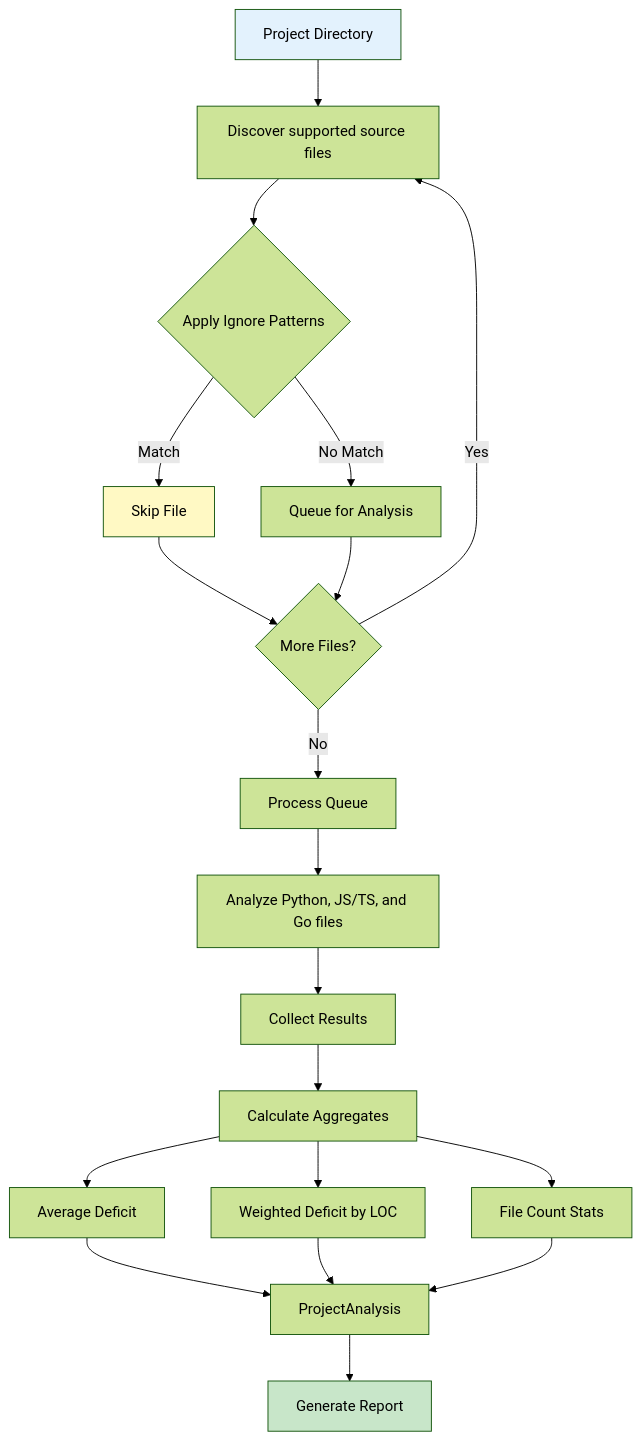
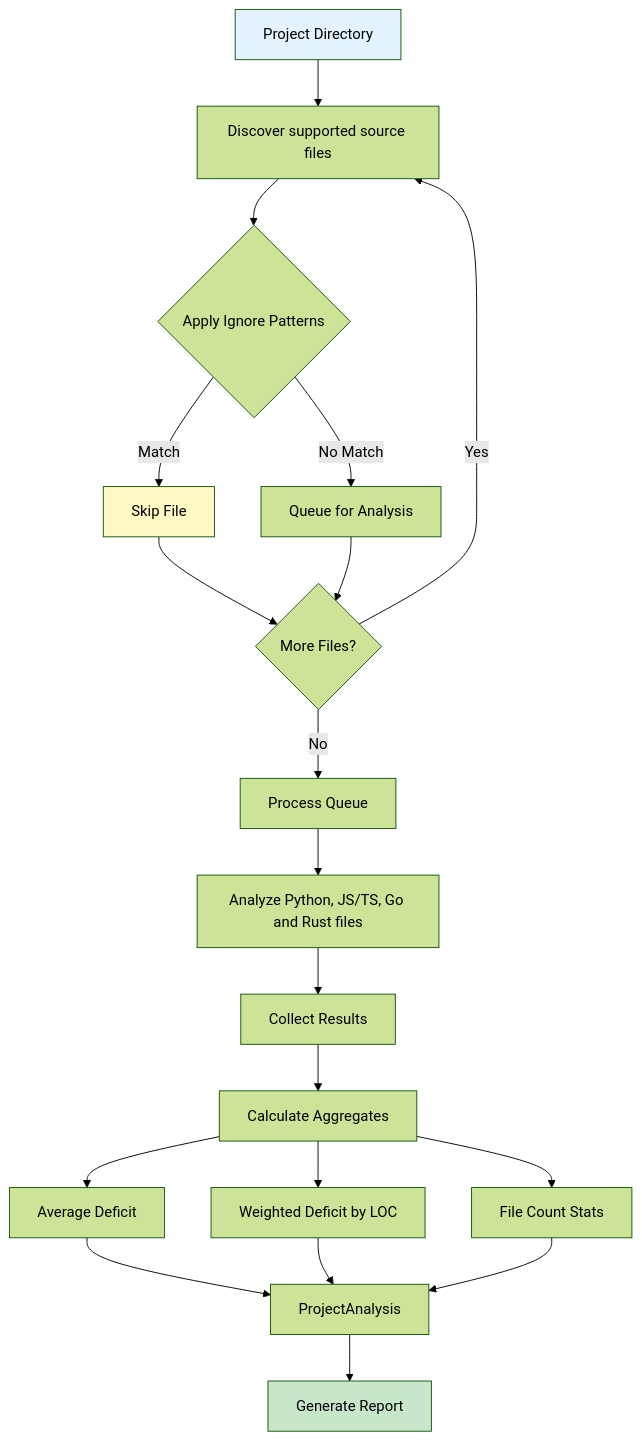
Before and after one commit to flamehaven01/AI-SLOP-Detector: the tenth of 14 diagrams in docs/HOW_IT_WORKS.md, drawn with Mermaid (forest theme). The commit also changed 24 other files, not shown here.

````diff
--- a/docs/HOW_IT_WORKS.md
+++ b/docs/HOW_IT_WORKS.md
@@ -423,32 +423,32 @@
 ```mermaid
 flowchart TD
     A[Project Directory] --> B[Discover supported source files]
     B --> C{Apply Ignore Patterns}
     
     C -->|Match| D[Skip File]
     C -->|No Match| E[Queue for Analysis]
     
     D --> F{More Files?}
     E --> F
     
     F -->|Yes| B
     F -->|No| G[Process Queue]
     
-    G --> H[Analyze Python, JS/TS, and Go files]
+    G --> H[Analyze Python, JS/TS, Go and Rust files]
     H --> I[Collect Results]
     
     I --> J[Calculate Aggregates]
     J --> K[Average Deficit]
     J --> L[Weighted Deficit by LOC]
     J --> M[File Count Stats]
     
     K --> N[ProjectAnalysis]
     L --> N
     M --> N
     
     N --> O[Generate Report]
     
     style A fill:#e3f2fd
     style O fill:#c8e6c9
     style D fill:#fff9c4
 ```
````
